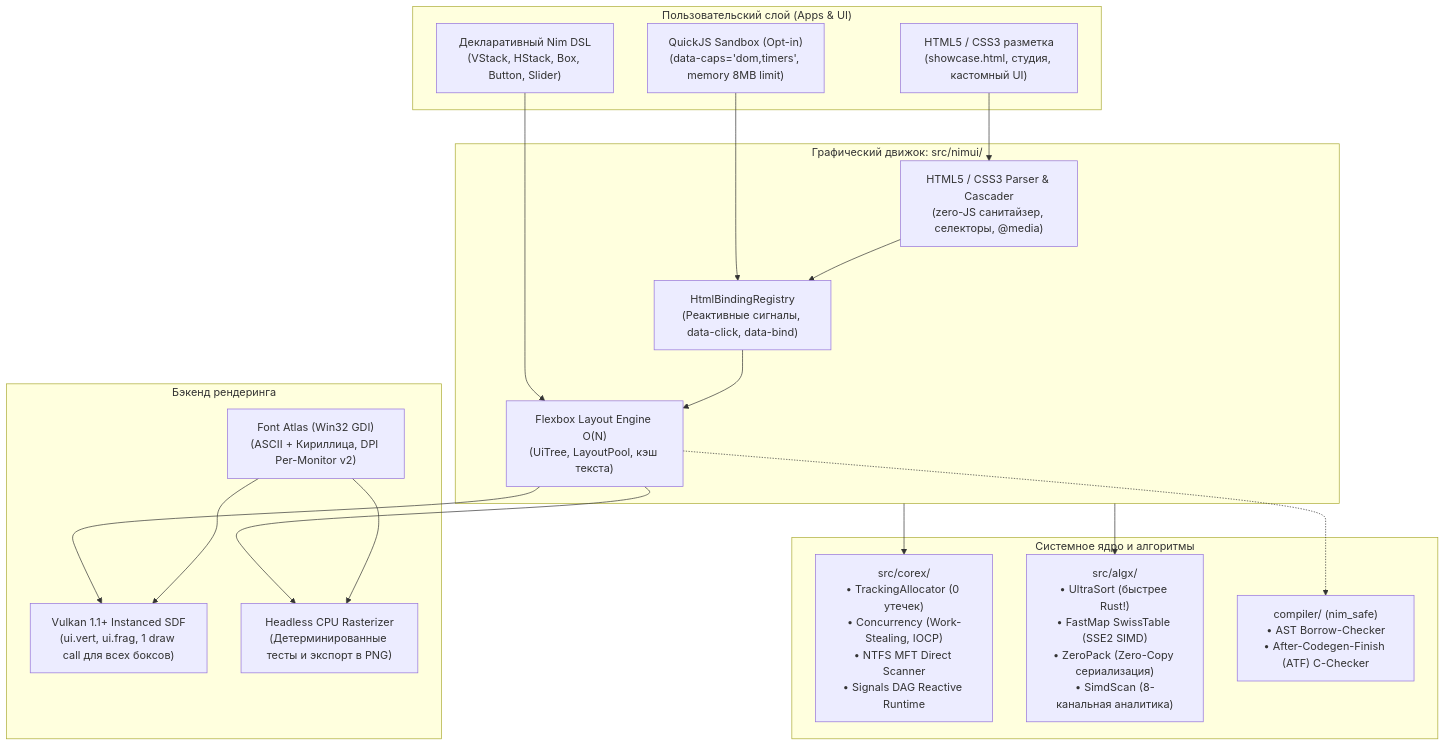
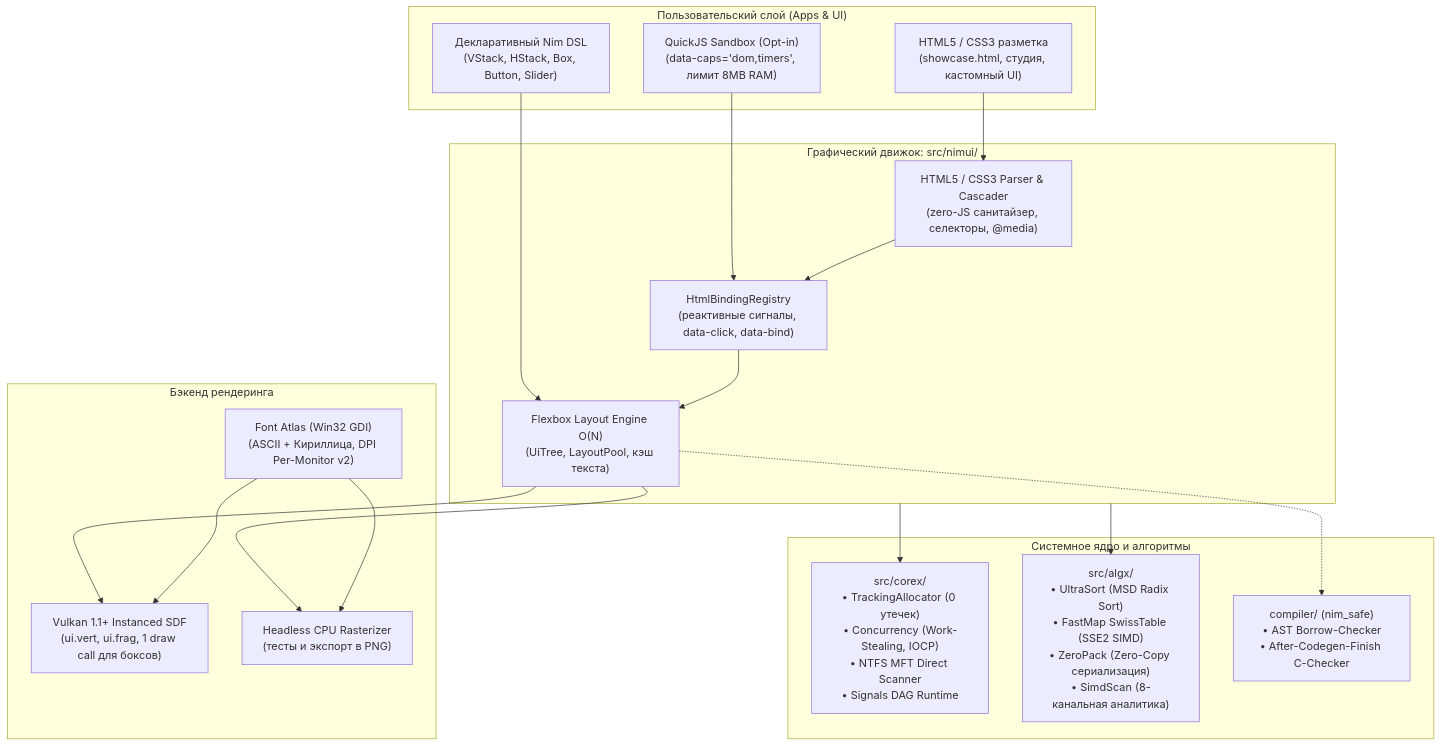
One commit to stylizedapp/nimrt changed the diagram in README.md. Above: the diagram before and after it, drawn with Mermaid. The commit also changed other lines of this file, not shown here.

````diff
--- a/README.md
+++ b/README.md
@@ -153,40 +103,40 @@
 ```mermaid
 flowchart TD
     subgraph UserLayer["Пользовательский слой (Apps & UI)"]
         HTML["HTML5 / CSS3 разметка<br/>(showcase.html, студия, кастомный UI)"]
         DSL["Декларативный Nim DSL<br/>(VStack, HStack, Box, Button, Slider)"]
-        QJS["QuickJS Sandbox (Opt-in)<br/>(data-caps='dom,timers', memory 8MB limit)"]
+        QJS["QuickJS Sandbox (Opt-in)<br/>(data-caps='dom,timers', лимит 8MB RAM)"]
     end
 
     subgraph NimUI["Графический движок: src/nimui/"]
         Parser["HTML5 / CSS3 Parser & Cascader<br/>(zero-JS санитайзер, селекторы, @media)"]
         Layout["Flexbox Layout Engine O(N)<br/>(UiTree, LayoutPool, кэш текста)"]
-        Bindings["HtmlBindingRegistry<br/>(Реактивные сигналы, data-click, data-bind)"]
+        Bindings["HtmlBindingRegistry<br/>(реактивные сигналы, data-click, data-bind)"]
     end
 
     subgraph Backend["Бэкенд рендеринга"]
-        Vulkan["Vulkan 1.1+ Instanced SDF<br/>(ui.vert, ui.frag, 1 draw call для всех боксов)"]
+        Vulkan["Vulkan 1.1+ Instanced SDF<br/>(ui.vert, ui.frag, 1 draw call для боксов)"]
         Atlas["Font Atlas (Win32 GDI)<br/>(ASCII + Кириллица, DPI Per-Monitor v2)"]
-        Rasterizer["Headless CPU Rasterizer<br/>(Детерминированные тесты и экспорт в PNG)"]
+        Rasterizer["Headless CPU Rasterizer<br/>(тесты и экспорт в PNG)"]
     end
 
     subgraph CoreEngine["Системное ядро и алгоритмы"]
-        CoreX["src/corex/<br/>• TrackingAllocator (0 утечек)<br/>• Concurrency (Work-Stealing, IOCP)<br/>• NTFS MFT Direct Scanner<br/>• Signals DAG Reactive Runtime"]
-        AlgX["src/algx/<br/>• UltraSort (быстрее Rust!)<br/>• FastMap SwissTable (SSE2 SIMD)<br/>• ZeroPack (Zero-Copy сериализация)<br/>• SimdScan (8-канальная аналитика)"]
-        Compiler["compiler/ (nim_safe)<br/>• AST Borrow-Checker<br/>• After-Codegen-Finish (ATF) C-Checker"]
+        CoreX["src/corex/<br/>• TrackingAllocator (0 утечек)<br/>• Concurrency (Work-Stealing, IOCP)<br/>• NTFS MFT Direct Scanner<br/>• Signals DAG Runtime"]
+        AlgX["src/algx/<br/>• UltraSort (MSD Radix Sort)<br/>• FastMap SwissTable (SSE2 SIMD)<br/>• ZeroPack (Zero-Copy сериализация)<br/>• SimdScan (8-канальная аналитика)"]
+        Compiler["compiler/ (nim_safe)<br/>• AST Borrow-Checker<br/>• After-Codegen-Finish C-Checker"]
     end
 
     HTML --> Parser
     DSL --> Layout
     QJS --> Bindings
     Parser --> Bindings
     Bindings --> Layout
     Layout --> Vulkan
     Layout --> Rasterizer
     Atlas --> Vulkan
     Atlas --> Rasterizer
 
     NimUI --> CoreX
     NimUI --> AlgX
     Layout -.-> Compiler
 ```
````
